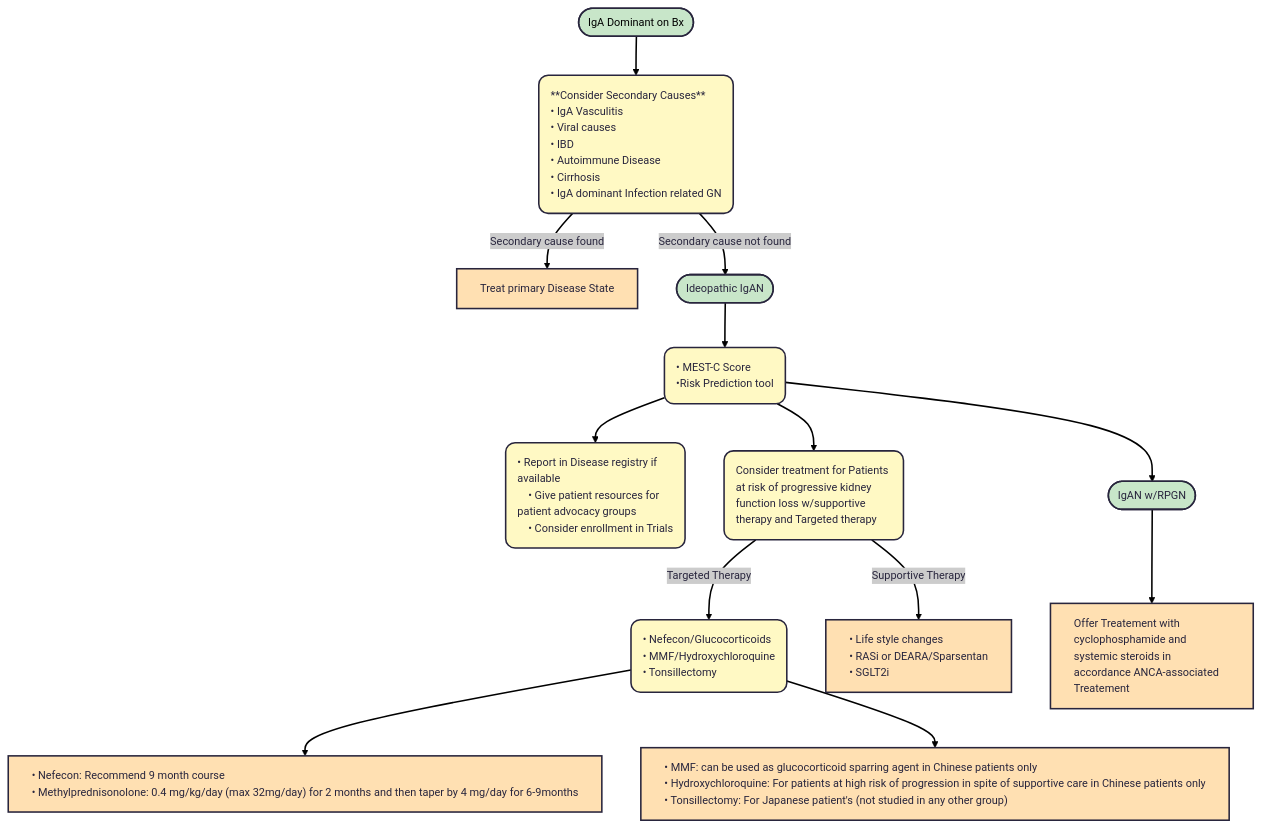
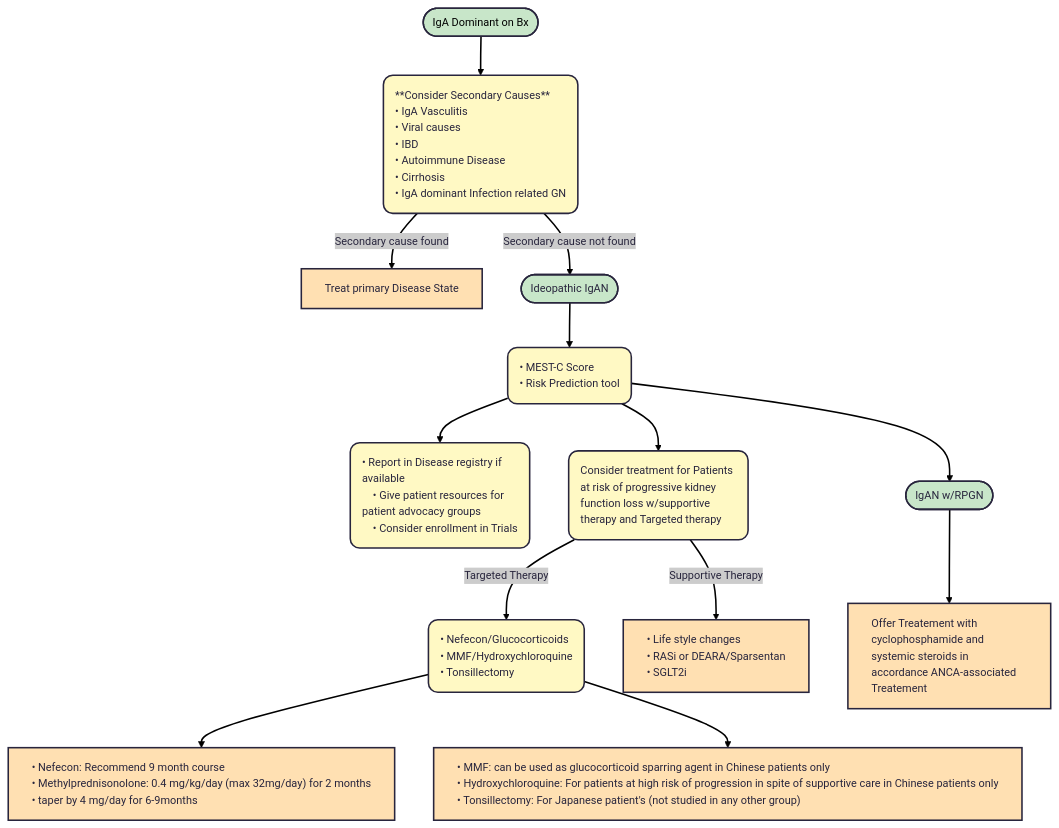
One commit to TTUNEPH2025/GN changed the diagram in docs/IGAN.md. Above: the diagram before and after it, drawn with Mermaid.

````diff
--- a/docs/IGAN.md
+++ b/docs/IGAN.md
@@ -69,50 +69,51 @@
 ```mermaid
 ---
 config:
   theme: redux
 ---
 flowchart TD
     A(["IgA Dominant on Bx"]) --> n1["**Consider Secondary Causes**
     • IgA Vasculitis
     • Viral causes
     • IBD
     • Autoimmune Disease
     • Cirrhosis 
     • IgA dominant Infection related GN"]
     n1 -- Secondary cause found --> n2["Treat primary Disease State"]
     n1 -- Secondary cause not found --> n3(["Ideopathic IgAN"])
     n3 --> n4["• MEST-C Score
-    •Risk Prediction tool"]
+    • Risk Prediction tool"]
     n4 --> n5["• Report in Disease registry if available
     • Give patient resources for patient advocacy groups
     • Consider enrollment in Trials"] & n6["Consider treatment for Patients at risk of progressive kidney function loss w/supportive therapy and Targeted therapy"] & n9(["IgAN w/RPGN"])
     n6 -- Targeted Therapy --> n7["• Nefecon/Glucocorticoids
     • MMF/Hydroxychloroquine
     • Tonsillectomy"]
     n6 -- Supportive Therapy --> n8["• Life style changes
     • RASi or DEARA/Sparsentan
     • SGLT2i"]
     n9 --> n10["Offer Treatement with cyclophosphamide and systemic steroids in accordance ANCA-associated Treatement"]
     n7 --> n11["• Nefecon: Recommend 9 month course
-    • Methylprednisonolone: 0.4 mg/kg/day (max 32mg/day) for 2 months and then taper by 4 mg/day for 6-9months"] & n12@{ label: "• MMF: can be used as glucocorticoid sparring agent in Chinese patients only\n    • Hydroxychloroquine: For patients at high risk of progression in spite of supportive care in Chinese patients only\n    • Tonsillectomy: For Japanese patient's (not studied in any other group)" }
+    • Methylprednisonolone: 0.4 mg/kg/day (max 32mg/day) for 2 months
+ • taper by 4 mg/day for 6-9months"] & n12@{ label: "• MMF: can be used as glucocorticoid sparring agent in Chinese patients only\n    • Hydroxychloroquine: For patients at high risk of progression in spite of supportive care in Chinese patients only\n    • Tonsillectomy: For Japanese patient's (not studied in any other group)" }
     n1@{ shape: rounded}
     n4@{ shape: rounded}
     n5@{ shape: rounded}
     n6@{ shape: rounded}
     n7@{ shape: rounded}
     n8@{ shape: rect}
     n12@{ shape: rect}
     style A fill:#C8E6C9,color:#000000
     style n1 fill:#FFF9C4,text-align:left,white-space:nowrap
     style n2 fill:#FFE0B2,text-align:left
     style n3 fill:#C8E6C9,text-align:left
     style n4 fill:#FFF9C4,text-align:left
     style n5 fill:#FFF9C4,text-align:left
     style n6 fill:#FFF9C4,text-align:left
     style n9 fill:#C8E6C9,text-align:left
     style n7 fill:#FFF9C4,text-align:left,white-space:nowrap
     style n8 fill:#FFE0B2,text-align:left,white-space:nowrap
     style n10 fill:#FFE0B2,text-align:left
     style n11 fill:#FFE0B2,text-align:left,white-space:nowrap
     style n12 fill:#FFE0B2,text-align:left,white-space:nowrap
 ```
````
